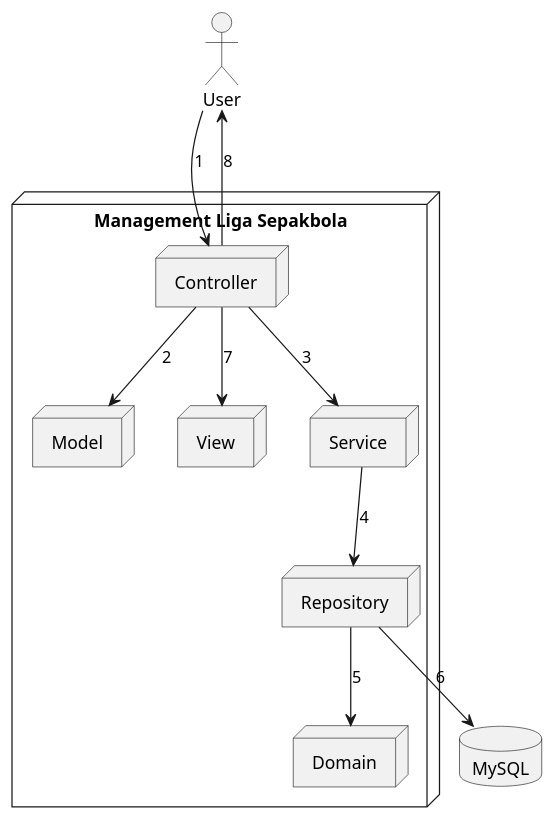
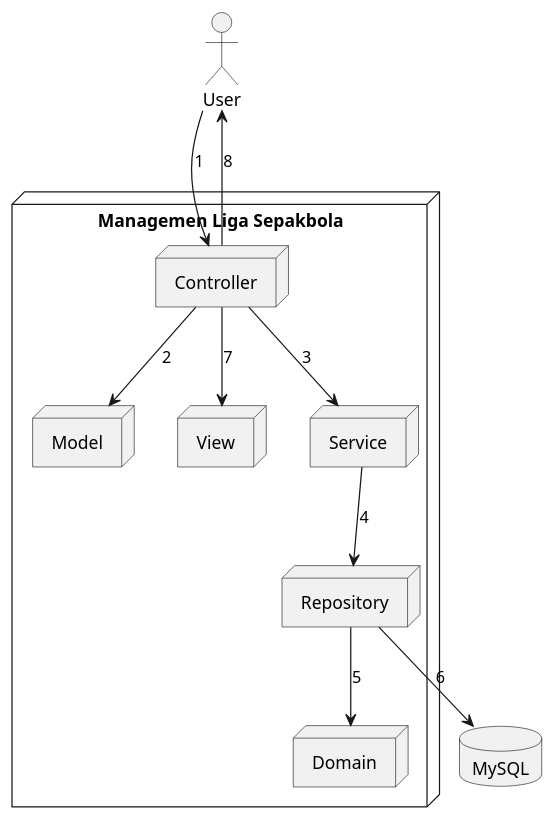
Before and after one commit to tridims/Web-App-Manajemen-Liga-Sepakbola: the diagram in architecture.puml, drawn with PlantUML.

```diff
--- a/architecture.puml
+++ b/architecture.puml
@@ -1,26 +1,26 @@
      @startuml
 
      actor "User" as user
 
-     node "Management Liga Sepakbola" {
+     node "Managemen Liga Sepakbola" {
         node "Model" as model
         node "Domain" as domain
         node "Controller" as controller
         node "View" as view
         node "Service" as service
         node "Repository" as repository
      }
 
      database "MySQL" as mysql
 
      user --> controller : 1
      controller --> model : 2
      controller --> service : 3
      service --> repository : 4
      repository --> domain : 5
      repository --> mysql : 6
      controller --> view : 7
      controller --> user : 8
 
 
      @enduml
```
